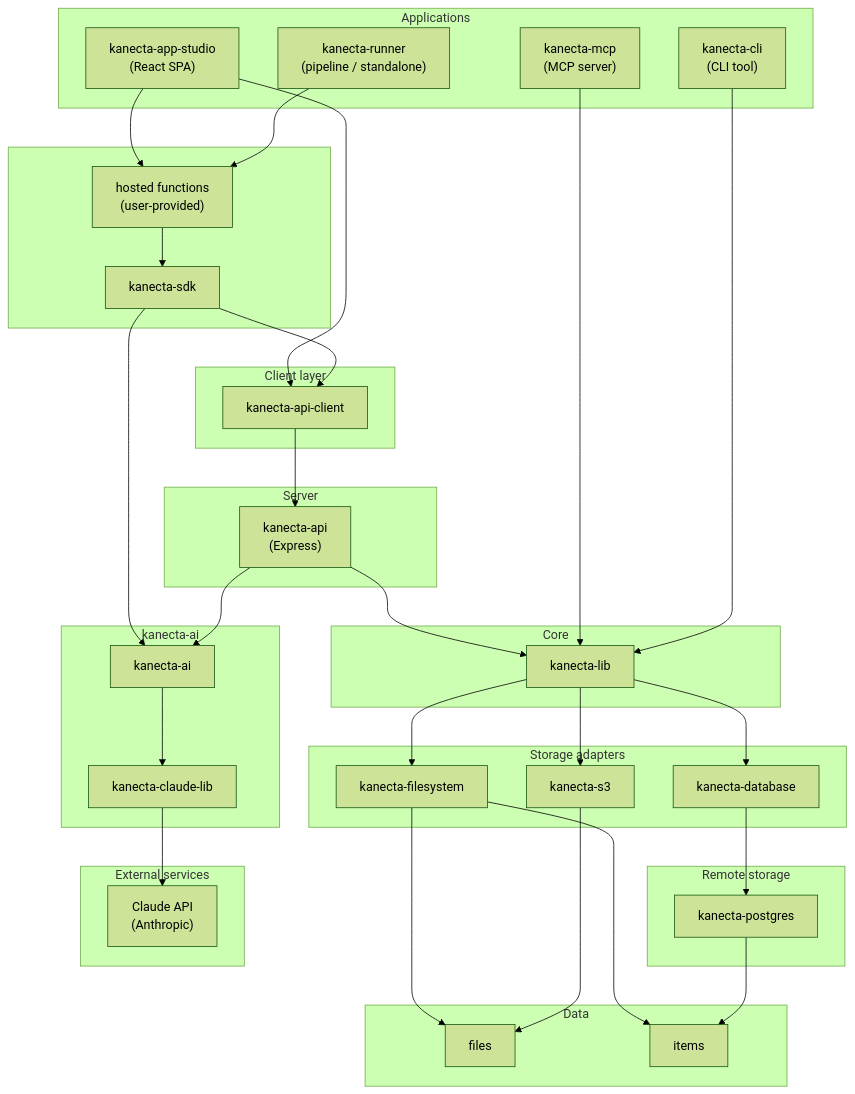
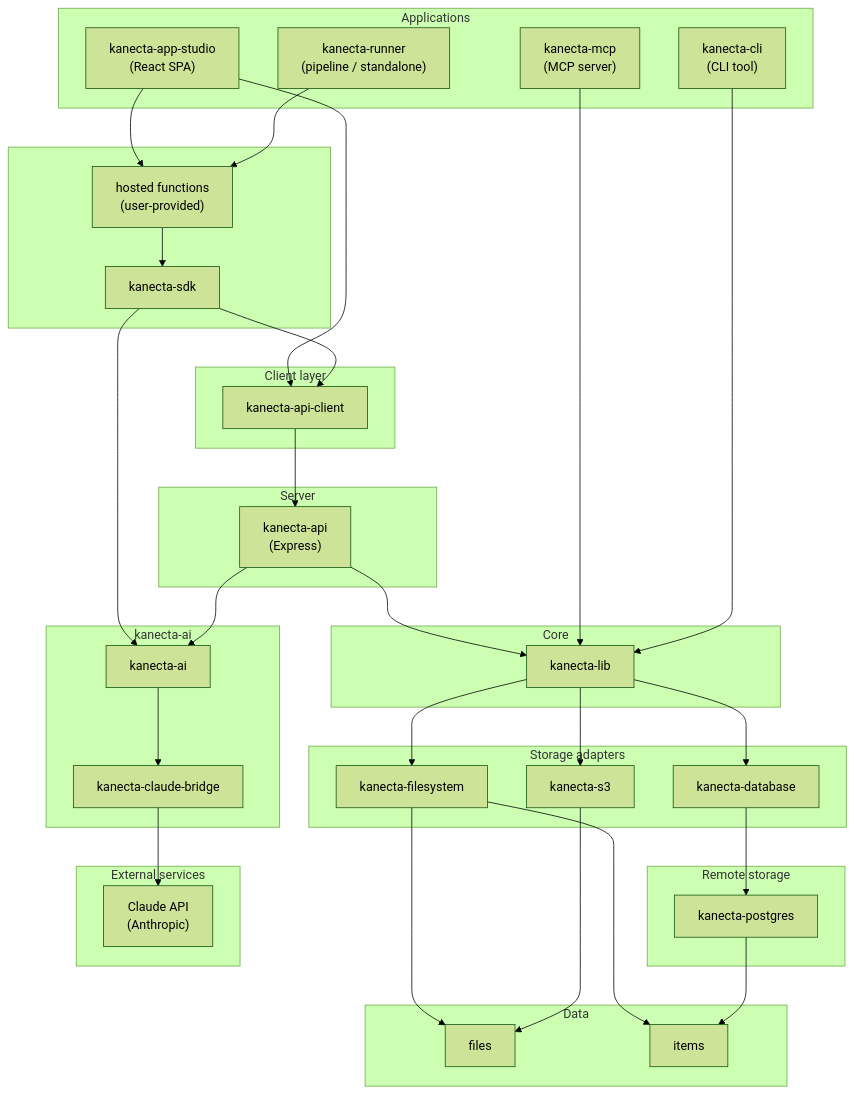
The diagram in kanecta-docs/architecture.adoc (cloudsculptor/kanecta), drawn with Mermaid (forest theme) before and after one commit. The commit also changed other lines of this file and 1 other file, not shown here.

Commit message:
docs(architecture): rename kanecta-claude-lib to kanecta-claude-bridge
What changed:
- Renamed kanecta-claude-lib to kanecta-claude-bridge throughout the
  architecture diagram and entry points table (removes the now-stale stub dir)

Why:
- "Bridge" better conveys the package's role connecting Kanecta to Claude
  than the more generic "lib"

```diff
--- a/kanecta-docs/architecture.adoc
+++ b/kanecta-docs/architecture.adoc
@@ -9,76 +9,76 @@
 [mermaid]
 ....
 flowchart TB
     subgraph apps["Applications"]
         Studio["kanecta-app-studio<br/>(React SPA)"]
         MCP["kanecta-mcp<br/>(MCP server)"]
         CLI["kanecta-cli<br/>(CLI tool)"]
         Runner["kanecta-runner<br/>(pipeline / standalone)"]
     end
 
     subgraph studio_internals[" "]
         Functions["hosted functions<br/>(user-provided)"]
         SDK["kanecta-sdk"]
         Functions --> SDK
     end
 
     subgraph clients["Client layer"]
         ApiClient["kanecta-api-client"]
     end
 
     subgraph server["Server"]
         API["kanecta-api<br/>(Express)"]
     end
 
     subgraph ai["kanecta-ai"]
         AI["kanecta-ai"]
-        ClaudeLib["kanecta-claude-lib"]
-        AI --> ClaudeLib
+        ClaudeBridge["kanecta-claude-bridge"]
+        AI --> ClaudeBridge
     end
 
     subgraph core["Core"]
         Lib["kanecta-lib"]
     end
 
     subgraph storage["Storage adapters"]
         FS["kanecta-filesystem"]
         DB["kanecta-database"]
         S3["kanecta-s3"]
     end
 
     subgraph remote["Remote storage"]
         PG["kanecta-postgres"]
     end
 
     subgraph data["Data"]
         Files["files"]
         Items["items"]
     end
 
     subgraph external["External services"]
         Claude["Claude API<br/>(Anthropic)"]
     end
 
     Studio --> ApiClient
     Studio --> Functions
     Runner --> Functions
     SDK --> ApiClient
     SDK --> AI
     ApiClient --> API
     API --> Lib
     API --> AI
-    ClaudeLib --> Claude
+    ClaudeBridge --> Claude
 
     MCP --> Lib
     CLI --> Lib
 
     Lib --> FS
     Lib --> DB
     Lib --> S3
     DB --> PG
 
     FS --> Files
     FS --> Items
     S3 --> Files
     PG --> Items
 ....
```
